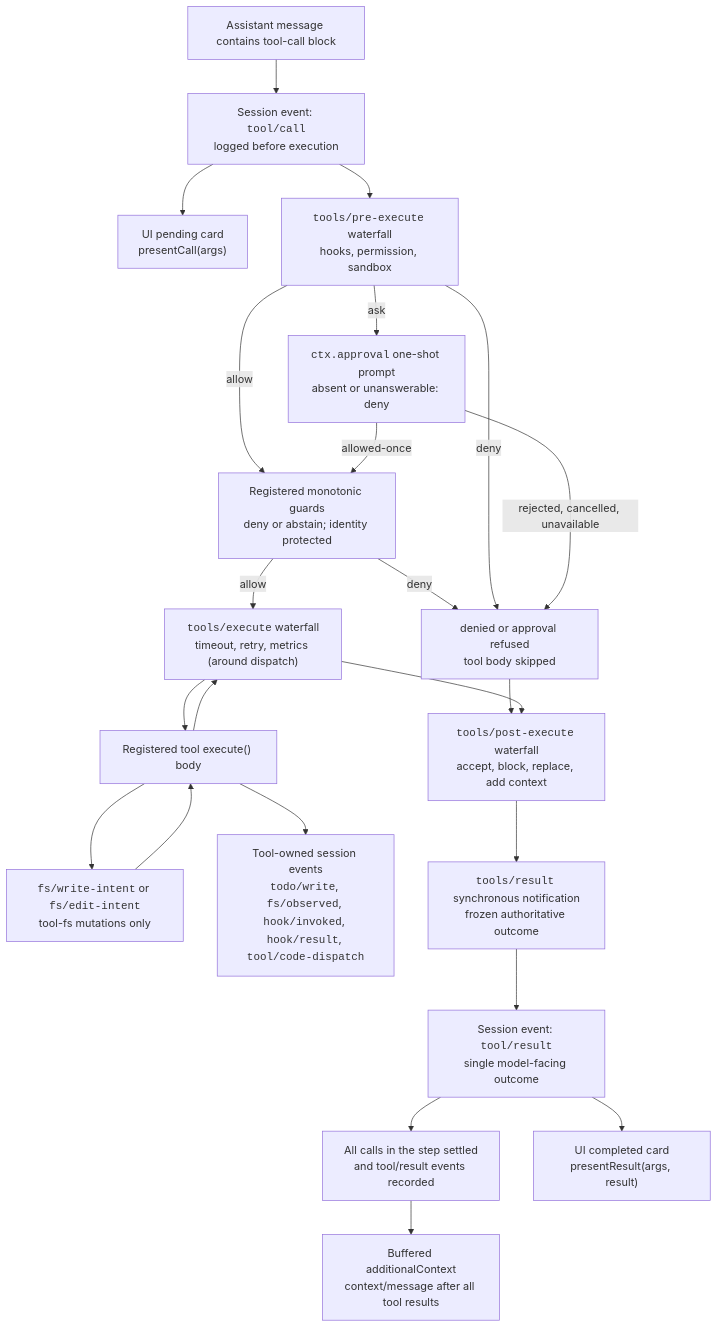
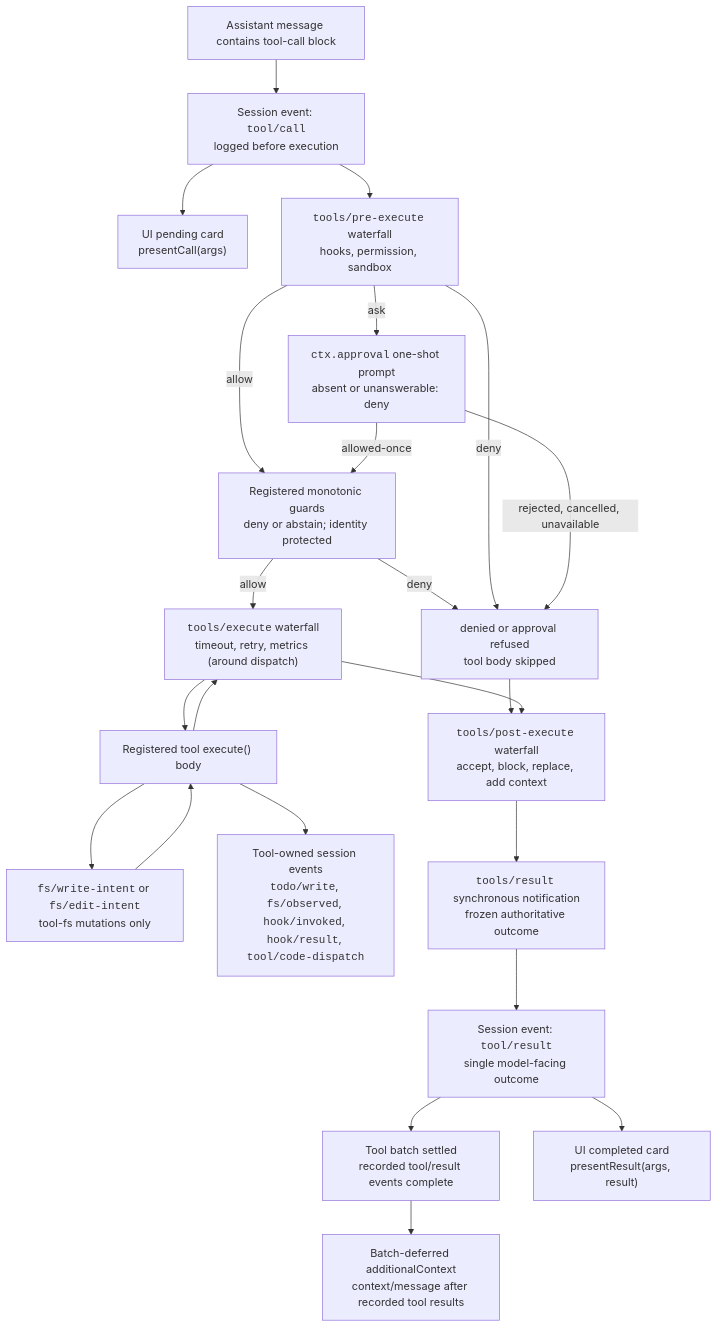
Before and after one commit to 007M7/DeepCode: the diagram in docs/tool-execution-pipeline.md, drawn with Mermaid. The commit also changed 7 other files, not shown here.

Commit message:
Preserve interrupted post-tool context

````diff
--- a/docs/tool-execution-pipeline.md
+++ b/docs/tool-execution-pipeline.md
@@ -8,42 +8,42 @@
 ```mermaid
 flowchart TD
   model["Assistant message contains tool-call block"]
   toolCall["Session event: <code>tool/call</code><br/>logged before execution"]
   presentCall["UI pending card<br/>presentCall(args)"]
   pre["<code>tools/pre-execute</code> waterfall<br/>hooks, permission, sandbox"]
   guards["Registered monotonic guards<br/>deny or abstain; identity protected"]
   denied["denied or approval refused<br/>tool body skipped"]
   approval["<code>ctx.approval</code> one-shot prompt<br/>absent or unanswerable: deny"]
   around["<code>tools/execute</code> waterfall<br/>timeout, retry, metrics (around dispatch)"]
   toolBody["Registered tool execute() body"]
   fsGate["<code>fs/write-intent</code> or <code>fs/edit-intent</code><br/>tool-fs mutations only"]
   owned["Tool-owned session events<br/><code>todo/write</code>, <code>fs/observed</code>, <code>hook/invoked</code>, <code>hook/result</code>, <code>tool/code-dispatch</code>"]
   post["<code>tools/post-execute</code> waterfall<br/>accept, block, replace, add context"]
   final["<code>tools/result</code> synchronous notification<br/>frozen authoritative outcome"]
-  context["Buffered additionalContext<br/>context/message after all tool results"]
+  context["Batch-deferred additionalContext<br/>context/message after recorded tool results"]
   toolResult["Session event: <code>tool/result</code><br/>single model-facing outcome"]
-  allResults["All calls in the step settled<br/>and tool/result events recorded"]
+  allResults["Tool batch settled<br/>recorded tool/result events complete"]
   presentResult["UI completed card<br/>presentResult(args, result)"]
   model --> toolCall
   toolCall --> presentCall
   toolCall --> pre
   pre -->|allow| guards
   guards -->|allow| around
   guards -->|deny| denied
   around --> toolBody
   pre -->|deny| denied
   pre -->|ask| approval
   approval -->|allowed-once| guards
   approval -->|rejected, cancelled, unavailable| denied
   denied --> post
   toolBody --> fsGate
   fsGate --> toolBody
   toolBody --> owned
   toolBody --> around
   around --> post
   post --> final
   final --> toolResult
   toolResult --> presentResult
   toolResult --> allResults
   allResults --> context
 ```
````
